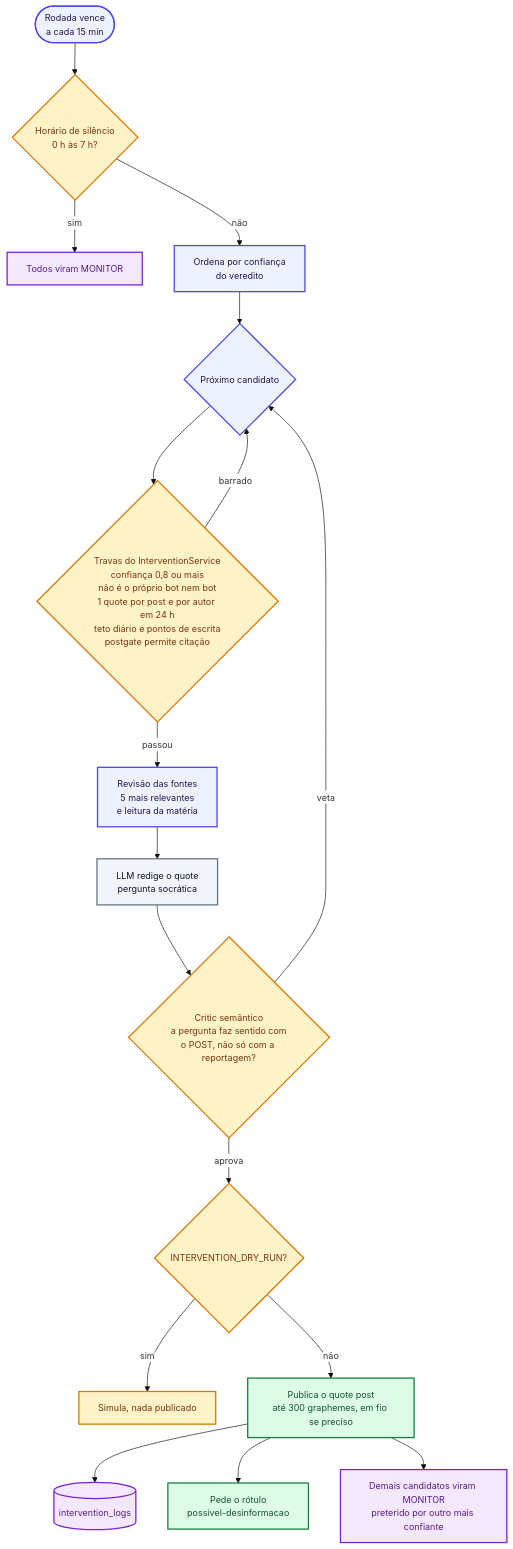
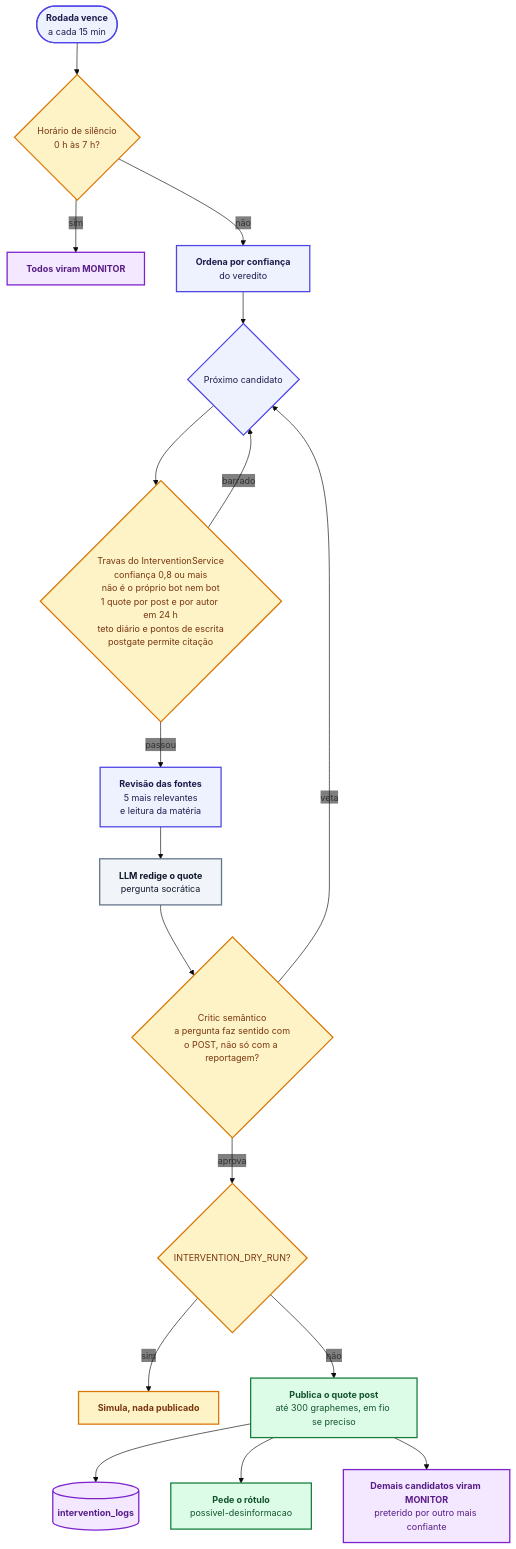
The seventh of 11 diagrams in docs/arquitetura/mapa-do-sistema.md (moonshinerd/ContrarIA), drawn with Mermaid before and after one commit. The commit also changed other lines of this file and 3 other files, not shown here.

First line of the commit message:
docs: aprimora contraste dos diagramas mermaid no modo escuro e corrige admonitions

````diff
--- a/docs/arquitetura/mapa-do-sistema.md
+++ b/docs/arquitetura/mapa-do-sistema.md
@@ -393,26 +393,26 @@
 ```mermaid
-%%{init: {'theme': 'base', 'themeVariables': { 'fontSize': '14px', 'fontFamily': 'inherit', 'primaryColor': '#EEF2FF', 'edgeLabelBackground': '#FFFFFF', 'clusterBkg': '#F8FAFC', 'clusterBorder': '#CBD5E1' }}}%%
+%%{init: {'theme': 'base', 'themeVariables': { 'fontSize': '14px', 'fontFamily': 'inherit', 'clusterBkg': 'transparent', 'clusterBorder': '#64748B', 'edgeLabelBackground': 'transparent' }}}%%
 flowchart TD
     classDef ext fill:#F1F5F9,stroke:#64748B,stroke-width:2px,color:#0F172A
     classDef core fill:#EEF2FF,stroke:#4F46E5,stroke-width:2px,color:#1E1B4B
     classDef store fill:#F3E8FF,stroke:#7E22CE,stroke-width:2px,color:#581C87
     classDef guard fill:#FEF3C7,stroke:#D97706,stroke-width:2px,color:#78350F
     classDef out fill:#DCFCE7,stroke:#15803D,stroke-width:2px,color:#14532D
 
-    R(["Rodada vence<br/>a cada 15 min"]):::core --> QH{"Horário de silêncio<br/>0 h às 7 h?"}:::guard
-    QH -- "sim" --> M0["Todos viram MONITOR"]:::store
-    QH -- "não" --> SORT["Ordena por confiança<br/>do veredito"]:::core
-    SORT --> NEXT{"Próximo candidato"}:::core
-    NEXT --> T1{"Travas do InterventionService<br/>confiança 0,8 ou mais<br/>não é o próprio bot nem bot<br/>1 quote por post e por autor em 24 h<br/>teto diário e pontos de escrita<br/>postgate permite citação"}:::guard
+    R(["<span style='color:#1E1B4B'><b>Rodada vence</b><br/>a cada 15 min</span>"]):::core --> QH{"<span style='color:#78350F'>Horário de silêncio<br/>0 h às 7 h?</span>"}:::guard
+    QH -- "sim" --> M0["<span style='color:#581C87'><b>Todos viram MONITOR</b></span>"]:::store
+    QH -- "não" --> SORT["<span style='color:#1E1B4B'><b>Ordena por confiança</b><br/>do veredito</span>"]:::core
+    SORT --> NEXT{"<span style='color:#1E1B4B'>Próximo candidato</span>"}:::core
+    NEXT --> T1{"<span style='color:#78350F'>Travas do InterventionService<br/>confiança 0,8 ou mais<br/>não é o próprio bot nem bot<br/>1 quote por post e por autor em 24 h<br/>teto diário e pontos de escrita<br/>postgate permite citação</span>"}:::guard
     T1 -- "barrado" --> NEXT
-    T1 -- "passou" --> SRC["Revisão das fontes<br/>5 mais relevantes<br/>e leitura da matéria"]:::core
-    SRC --> LLM["LLM redige o quote<br/>pergunta socrática"]:::ext
-    LLM --> CRIT{"Critic semântico<br/>a pergunta faz sentido com<br/>o POST, não só com a reportagem?"}:::guard
+    T1 -- "passou" --> SRC["<span style='color:#1E1B4B'><b>Revisão das fontes</b><br/>5 mais relevantes<br/>e leitura da matéria</span>"]:::core
+    SRC --> LLM["<span style='color:#0F172A'><b>LLM redige o quote</b><br/>pergunta socrática</span>"]:::ext
+    LLM --> CRIT{"<span style='color:#78350F'>Critic semântico<br/>a pergunta faz sentido com<br/>o POST, não só com a reportagem?</span>"}:::guard
     CRIT -- "veta" --> NEXT
-    CRIT -- "aprova" --> DRY{"INTERVENTION_DRY_RUN?"}:::guard
-    DRY -- "sim" --> SIM["Simula, nada publicado"]:::guard
-    DRY -- "não" --> PUB["Publica o quote post<br/>até 300 graphemes, em fio se preciso"]:::out
-    PUB --> IL[("intervention_logs")]:::store
-    PUB --> LAB["Pede o rótulo<br/>possivel-desinformacao"]:::out
-    PUB --> REST["Demais candidatos viram MONITOR<br/>preterido por outro mais confiante"]:::store
+    CRIT -- "aprova" --> DRY{"<span style='color:#78350F'>INTERVENTION_DRY_RUN?</span>"}:::guard
+    DRY -- "sim" --> SIM["<span style='color:#78350F'><b>Simula, nada publicado</b></span>"]:::guard
+    DRY -- "não" --> PUB["<span style='color:#14532D'><b>Publica o quote post</b><br/>até 300 graphemes, em fio se preciso</span>"]:::out
+    PUB --> IL[("<span style='color:#581C87'><b>intervention_logs</b></span>")]:::store
+    PUB --> LAB["<span style='color:#14532D'><b>Pede o rótulo</b><br/>possivel-desinformacao</span>"]:::out
+    PUB --> REST["<span style='color:#581C87'><b>Demais candidatos viram MONITOR</b><br/>preterido por outro mais confiante</span>"]:::store
 ```
````
